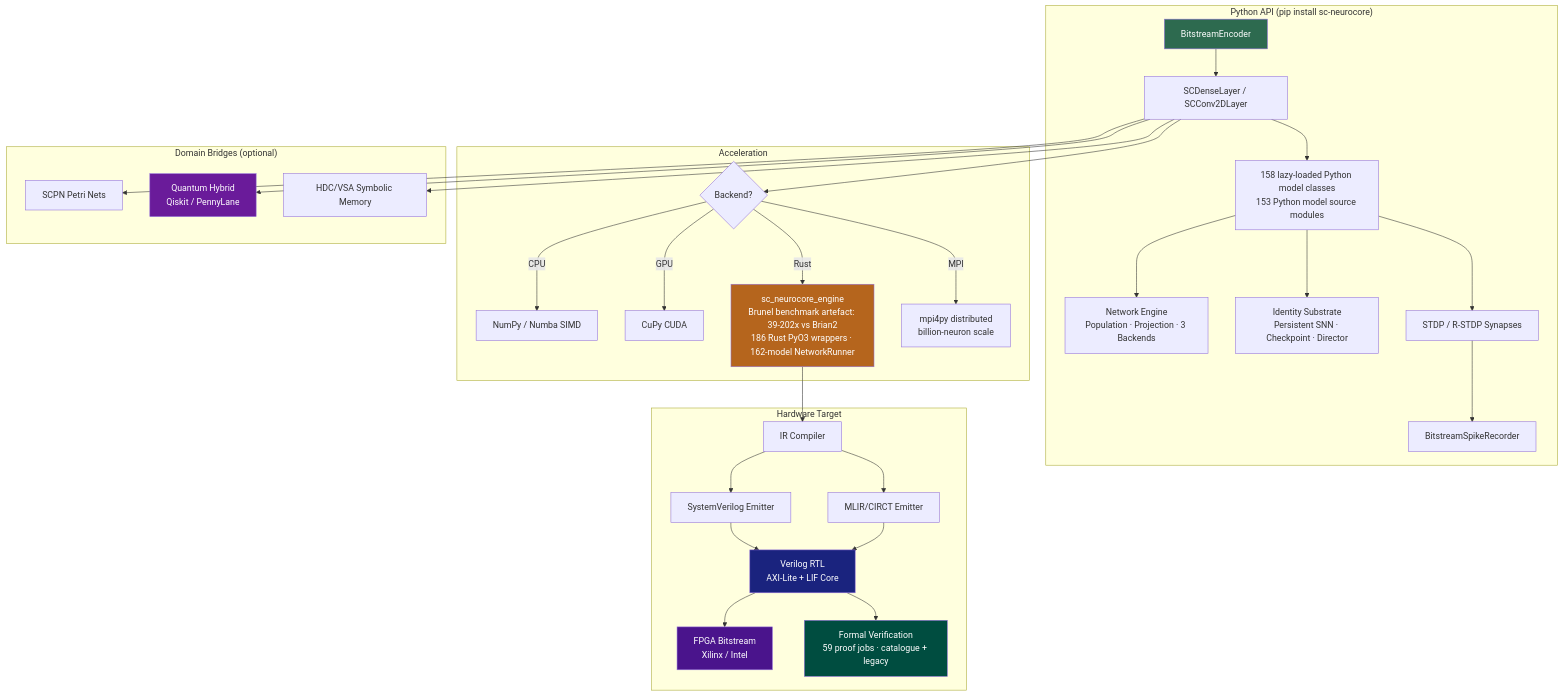
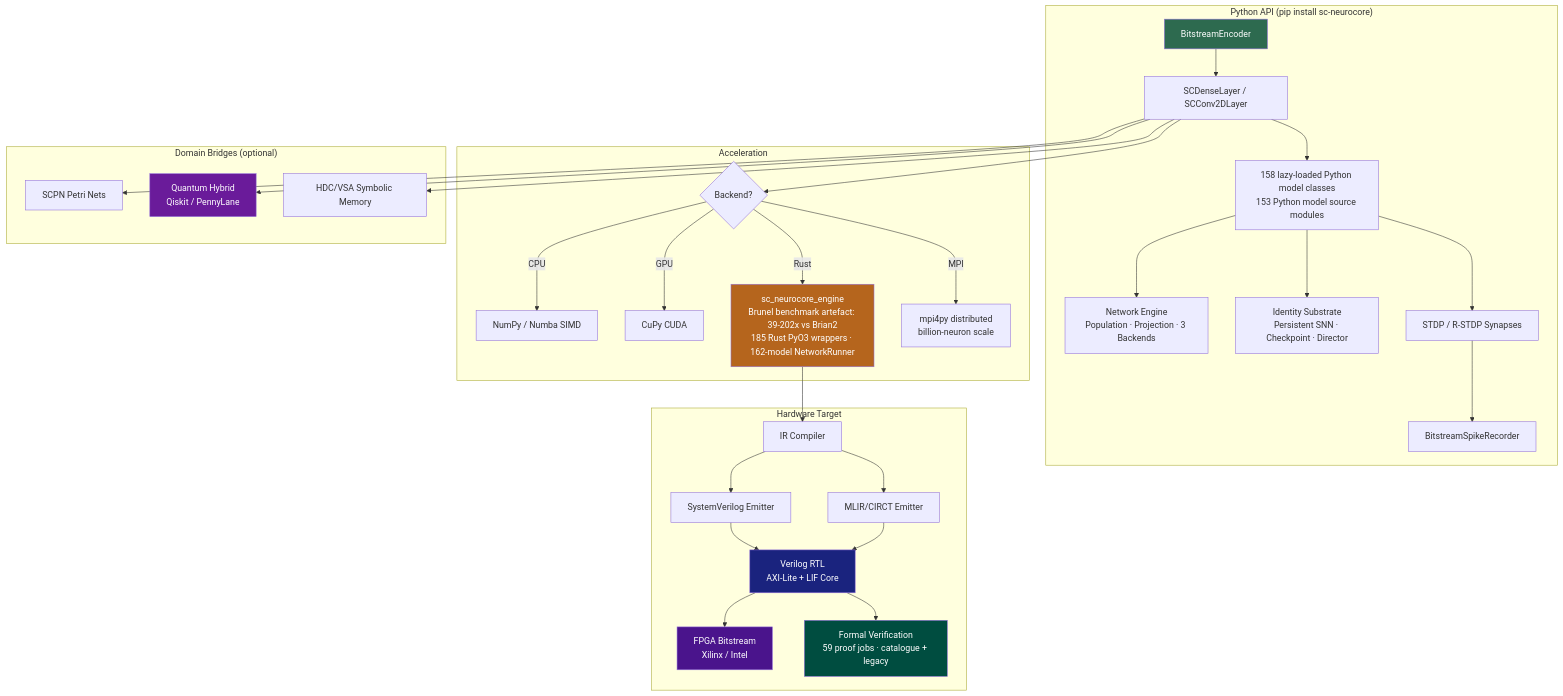
Before and after one commit to anulum/sc-neurocore: the diagram in README.md, drawn with Mermaid. The commit also changed other lines of this file and 12 other files, not shown here.

````diff
--- a/README.md
+++ b/README.md
@@ -365,42 +365,42 @@
 ```mermaid
 graph TD
     subgraph "Python API (pip install sc-neurocore)"
         A[BitstreamEncoder] --> B[SCDenseLayer / SCConv2DLayer]
         B --> C[158 lazy-loaded Python model classes<br/>153 Python model source modules]
         C --> NET[Network Engine<br/>Population · Projection · 3 Backends]
         C --> ID[Identity Substrate<br/>Persistent SNN · Checkpoint · Director]
         C --> D[STDP / R-STDP Synapses]
         D --> E[BitstreamSpikeRecorder]
     end
 
     subgraph "Acceleration"
         B --> F{Backend?}
         F -->|CPU| G[NumPy / Numba SIMD]
         F -->|GPU| H[CuPy CUDA]
-        F -->|Rust| I[sc_neurocore_engine<br/>Brunel benchmark artefact: 39-202x vs Brian2<br/>186 Rust PyO3 wrappers · 162-model NetworkRunner]
+        F -->|Rust| I[sc_neurocore_engine<br/>Brunel benchmark artefact: 39-202x vs Brian2<br/>185 Rust PyO3 wrappers · 162-model NetworkRunner]
         F -->|MPI| MPI[mpi4py distributed<br/>billion-neuron scale]
     end
 
     subgraph "Hardware Target"
         I --> J[IR Compiler]
         J --> K[SystemVerilog Emitter]
         J --> K2[MLIR/CIRCT Emitter]
         K --> L[Verilog RTL<br/>AXI-Lite + LIF Core]
         K2 --> L
         L --> M[FPGA Bitstream<br/>Xilinx / Intel]
         L --> V[Formal Verification<br/>59 proof jobs · catalogue + legacy]
     end
 
     subgraph "Domain Bridges (optional)"
         B --> N[SCPN Petri Nets]
         B --> O[Quantum Hybrid<br/>Qiskit / PennyLane]
         B --> P[HDC/VSA Symbolic Memory]
     end
 
     style A fill:#2d6a4f,color:#fff
     style I fill:#b5651d,color:#fff
     style L fill:#1a237e,color:#fff
     style M fill:#4a148c,color:#fff
     style O fill:#6a1b9a,color:#fff
     style V fill:#004d40,color:#fff
 ```
````
